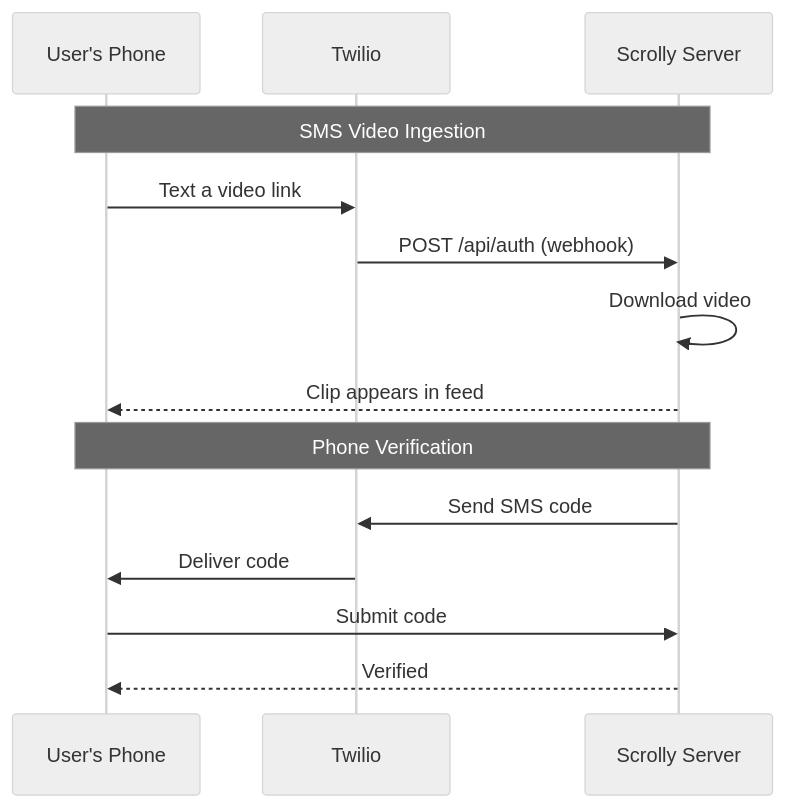
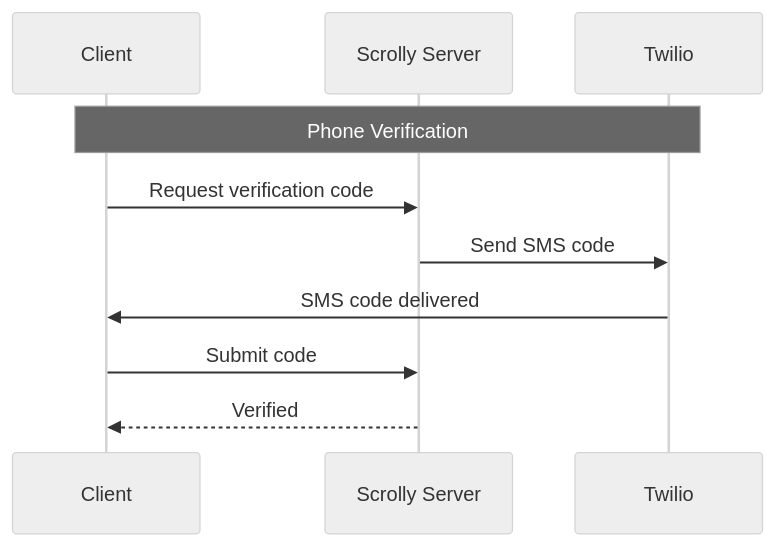
The diagram in docs/deployment/configuration.md (GraysonCAdams/scrolly), drawn with Mermaid (neutral theme) before and after one commit. The commit also changed other lines of this file and 17 other files, not shown here.

````diff
--- a/docs/deployment/configuration.md
+++ b/docs/deployment/configuration.md
@@ -91,18 +91,13 @@
 ```mermaid
 sequenceDiagram
-  participant U as User's Phone
+  participant C as Client
+  participant S as Scrolly Server
   participant T as Twilio
-  participant S as Scrolly Server
 
-  Note over U,S: SMS Video Ingestion
-  U->>T: Text a video link
-  T->>S: POST /api/auth (webhook)
-  S->>S: Download video
-  S-->>U: Clip appears in feed
-
-  Note over U,S: Phone Verification
+  Note over C,T: Phone Verification
+  C->>S: Request verification code
   S->>T: Send SMS code
-  T->>U: Deliver code
-  U->>S: Submit code
-  S-->>U: Verified
+  T->>C: SMS code delivered
+  C->>S: Submit code
+  S-->>C: Verified
 ```
````
